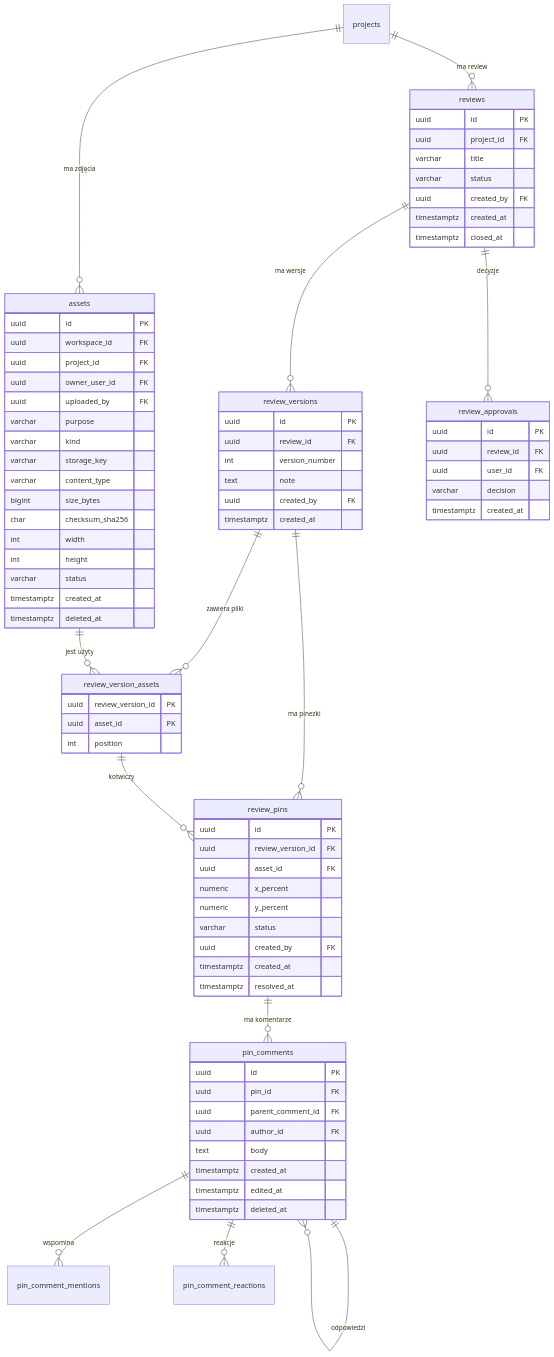
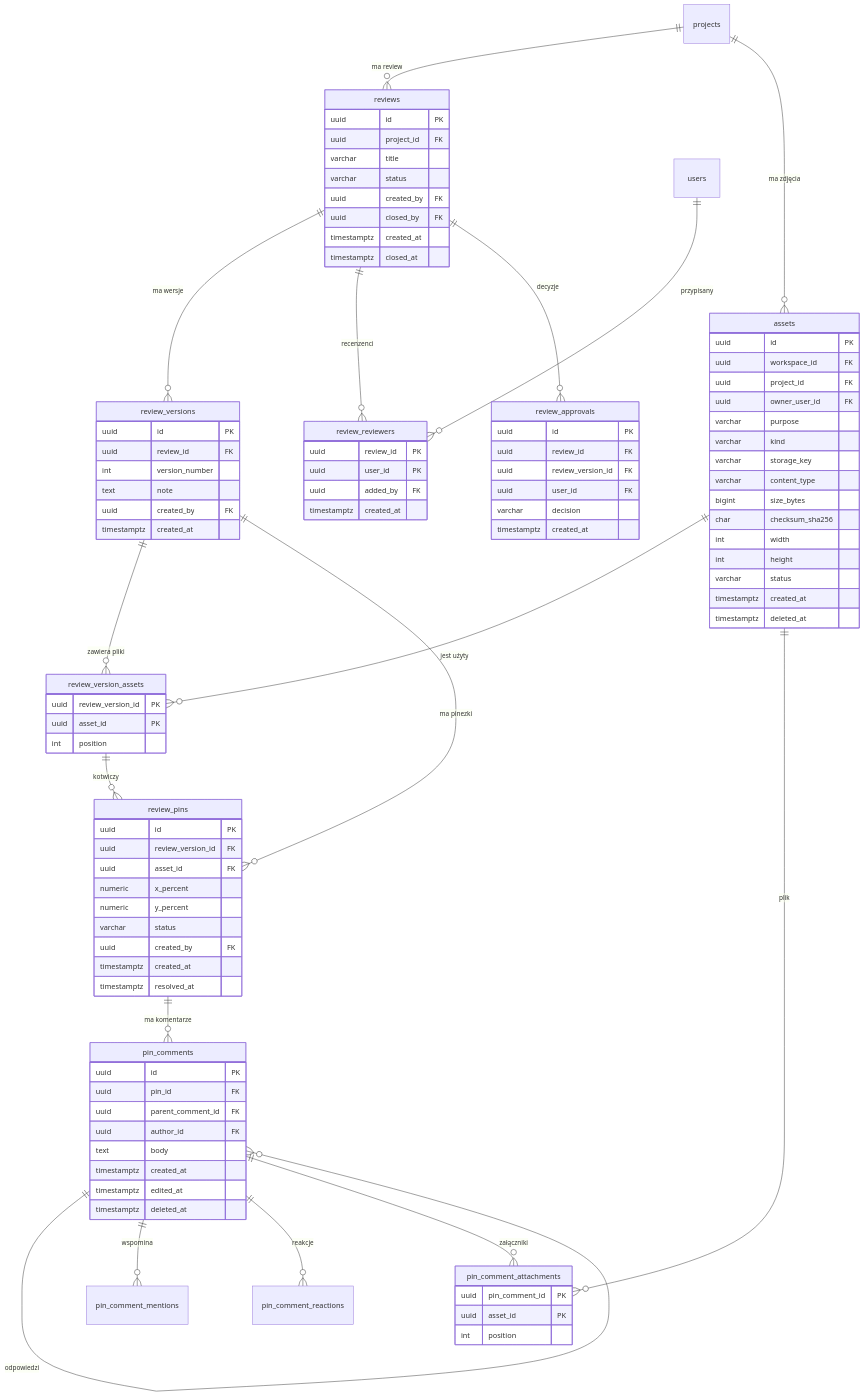
One commit to ressca/MarkerIt changed the second of 3 diagrams in docs/database-model.md. Above: the diagram before and after it, drawn with Mermaid. The commit also changed other lines of this file and 27 other files, not shown here.

```diff
--- a/docs/database-model.md
+++ b/docs/database-model.md
@@ -92,6 +92,10 @@
     pin_comments ||--o{ pin_comments : "odpowiedzi"
     pin_comments ||--o{ pin_comment_mentions : "wspomina"
     pin_comments ||--o{ pin_comment_reactions : "reakcje"
+    pin_comments ||--o{ pin_comment_attachments : "załączniki"
+    assets ||--o{ pin_comment_attachments : "plik"
+    reviews ||--o{ review_reviewers : "recenzenci"
+    users ||--o{ review_reviewers : "przypisany"
     reviews ||--o{ review_approvals : "decyzje"
 
     assets {
@@ -99,7 +103,6 @@
         uuid workspace_id FK
         uuid project_id FK
         uuid owner_user_id FK
-        uuid uploaded_by FK
         varchar purpose
         varchar kind
         varchar storage_key
@@ -118,6 +121,7 @@
         varchar title
         varchar status
         uuid created_by FK
+        uuid closed_by FK
         timestamptz created_at
         timestamptz closed_at
     }
@@ -155,9 +159,21 @@
         timestamptz edited_at
         timestamptz deleted_at
     }
+    review_reviewers {
+        uuid review_id PK
+        uuid user_id PK
+        uuid added_by FK
+        timestamptz created_at
+    }
+    pin_comment_attachments {
+        uuid pin_comment_id PK
+        uuid asset_id PK
+        int position
+    }
     review_approvals {
         uuid id PK
         uuid review_id FK
+        uuid review_version_id FK
         uuid user_id FK
         varchar decision
         timestamptz created_at
```
